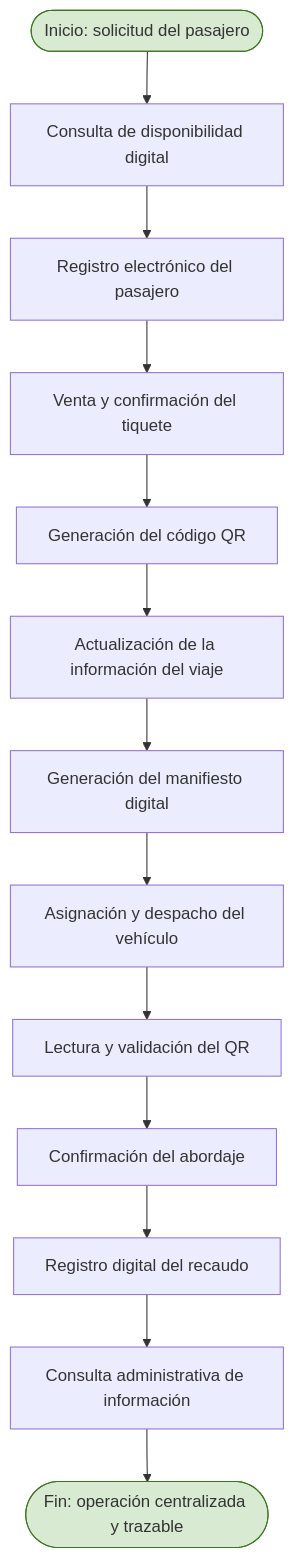
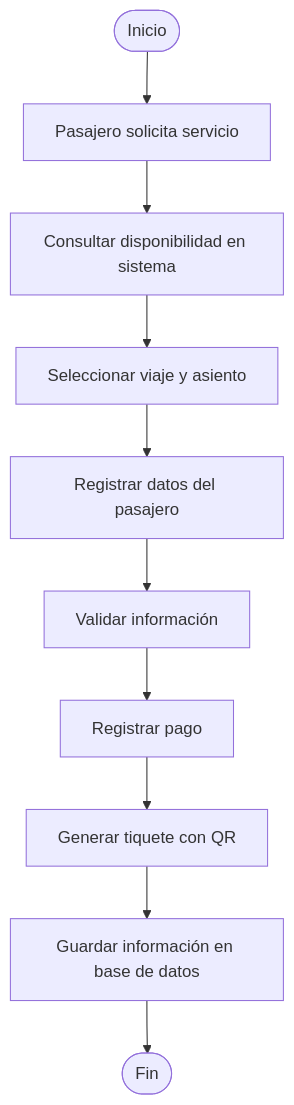
Before and after one commit to santiyn2/arquitectura-empresarial-cootransoriente-ucc: the sixth of 11 diagrams in Arquitectura de negocio y diagnóstico empresarial.md, drawn with Mermaid. The commit also changed other lines of this file, not shown here.

````diff
--- a/Arquitectura de negocio y diagnóstico empresarial.md
+++ b/Arquitectura de negocio y diagnóstico empresarial.md
@@ -648,18 +555,12 @@
 ```mermaid
 flowchart TD
-    A([Inicio: solicitud del pasajero]) --> B[Consulta de disponibilidad digital]
-    B --> C[Registro electrónico del pasajero]
-    C --> D[Venta y confirmación del tiquete]
-    D --> E[Generación del código QR]
-    E --> F[Actualización de la información del viaje]
-    F --> G[Generación del manifiesto digital]
-    G --> H[Asignación y despacho del vehículo]
-    H --> I[Lectura y validación del QR]
-    I --> J[Confirmación del abordaje]
-    J --> K[Registro digital del recaudo]
-    K --> L[Consulta administrativa de información]
-    L --> M([Fin: operación centralizada y trazable])
-
-    style A fill:#d9ead3,stroke:#38761d
-    style M fill:#d9ead3,stroke:#38761d
+ A([Inicio]) --> B[Pasajero solicita servicio]
+ B --> C[Consultar disponibilidad en sistema]
+ C --> D[Seleccionar viaje y asiento]
+ D --> E[Registrar datos del pasajero]
+ E --> F[Validar información]
+ F --> G[Registrar pago]
+ G --> H[Generar tiquete con QR]
+ H --> I[Guardar información en base de datos]
+ I --> J([Fin])
 ```
````
